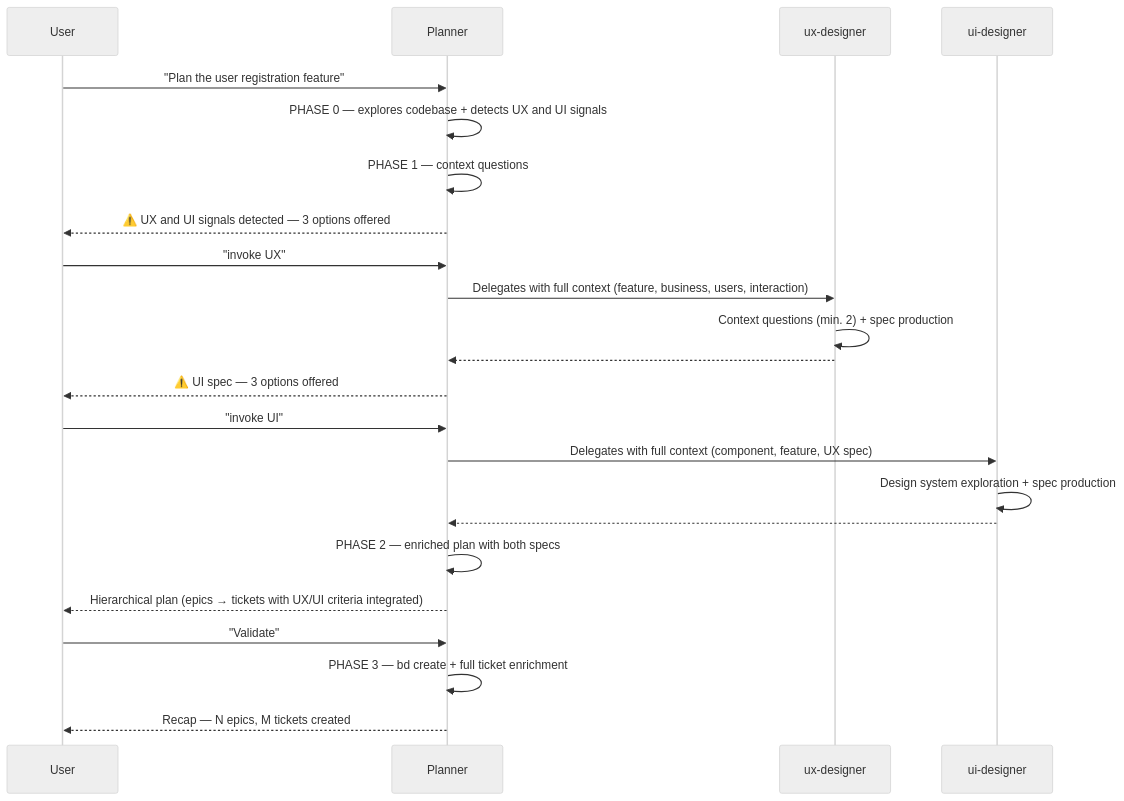
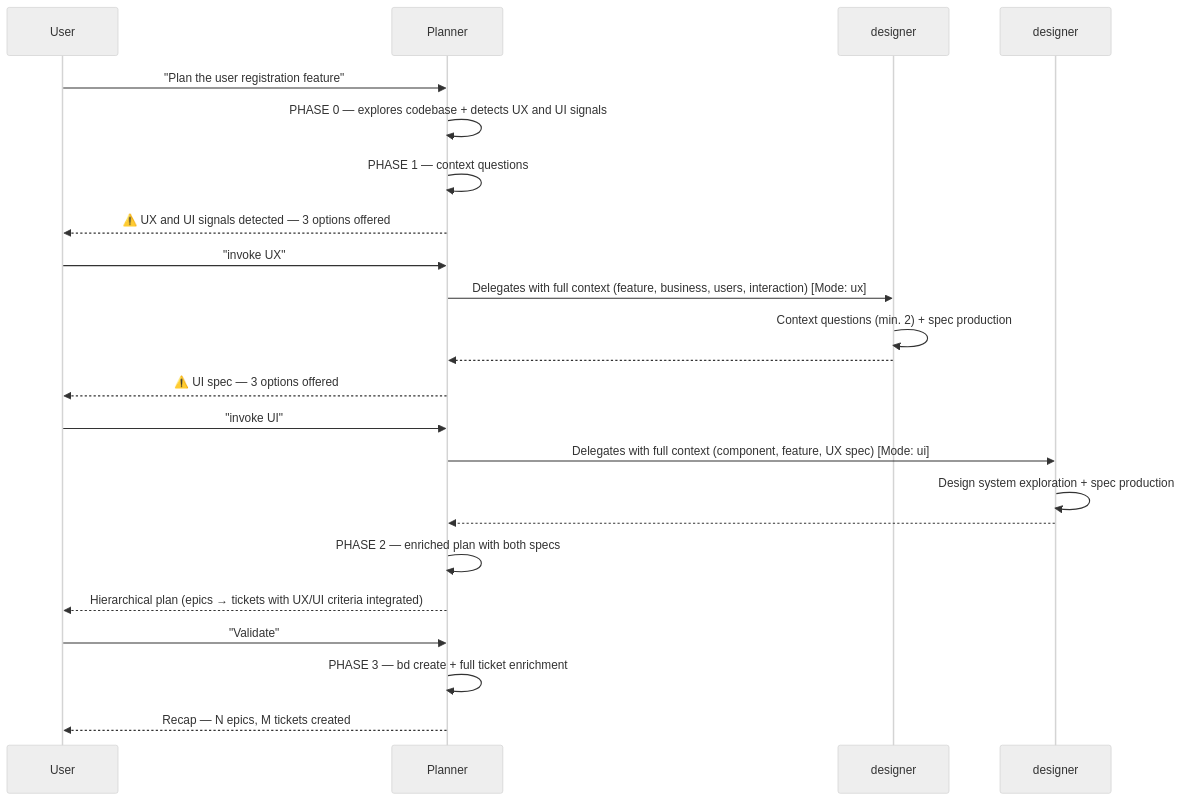
The sixth of 6 diagrams in docs/guides/workflows.en.md (datichb/openhub), drawn with Mermaid (neutral theme) before and after one commit. The commit also changed other lines of this file and 87 other files, not shown here.

````diff
--- a/docs/guides/workflows.en.md
+++ b/docs/guides/workflows.en.md
@@ -723,30 +725,30 @@
 ```mermaid
 sequenceDiagram
     participant U as User
     participant PL as Planner
-    participant UX as ux-designer
-    participant UI as ui-designer
+    participant UX as designer
+    participant UI as designer
 
     U->>PL: "Plan the user registration feature"
     PL->>PL: PHASE 0 — explores codebase + detects UX and UI signals
     PL->>PL: PHASE 1 — context questions
     PL-->>U: ⚠️ UX and UI signals detected — 3 options offered
     U->>PL: "invoke UX"
 
-    PL->>UX: Delegates with full context (feature, business, users, interaction)
+    PL->>UX: Delegates with full context (feature, business, users, interaction) [Mode: ux]
     UX->>UX: Context questions (min. 2) + spec production
     UX-->>PL: ## SPEC UX — Registration\n(user flow + alternatives + errors + acceptance)
 
     PL-->>U: ⚠️ UI spec — 3 options offered
     U->>PL: "invoke UI"
 
-    PL->>UI: Delegates with full context (component, feature, UX spec)
+    PL->>UI: Delegates with full context (component, feature, UX spec) [Mode: ui]
     UI->>UI: Design system exploration + spec production
     UI-->>PL: ## SPEC UI — RegistrationForm\n(components + states + tokens + a11y)
 
     PL->>PL: PHASE 2 — enriched plan with both specs
     PL-->>U: Hierarchical plan (epics → tickets with UX/UI criteria integrated)
     U->>PL: "Validate"
     PL->>PL: PHASE 3 — bd create + full ticket enrichment
     PL-->>U: Recap — N epics, M tickets created
 ```
````
